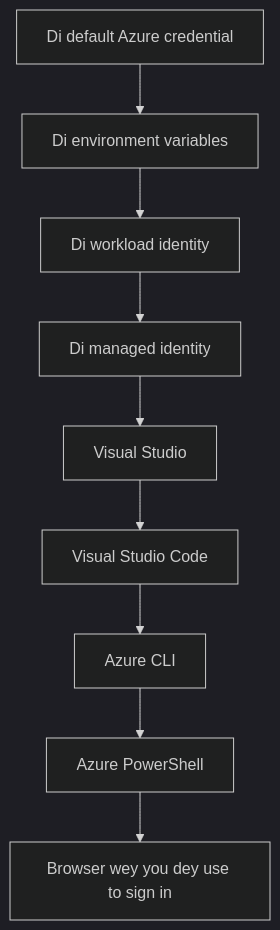
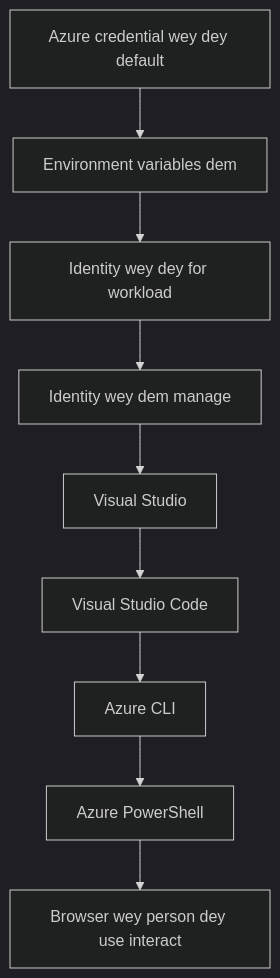
One commit to microsoft/AZD-for-beginners changed the second of 2 diagrams in translations/pcm/docs/chapter-01-foundation/azd-basics.md. Above: the diagram before and after it, drawn with Mermaid (dark theme). The commit also changed other lines of this file and 101 other files, not shown here.

````diff
--- a/translations/pcm/docs/chapter-01-foundation/azd-basics.md
+++ b/translations/pcm/docs/chapter-01-foundation/azd-basics.md
@@ -558,11 +593,11 @@
 ```mermaid
 graph TD
-    A[Di default Azure credential] --> B[Di environment variables]
-    B --> C[Di workload identity]
-    C --> D[Di managed identity]
+    A[Azure credential wey dey default] --> B[Environment variables dem]
+    B --> C[Identity wey dey for workload]
+    C --> D[Identity wey dem manage]
     D --> E[Visual Studio]
     E --> F[Visual Studio Code]
     F --> G[Azure CLI]
     G --> H[Azure PowerShell]
-    H --> I[Browser wey you dey use to sign in]
+    H --> I[Browser wey person dey use interact]
 ```
````
